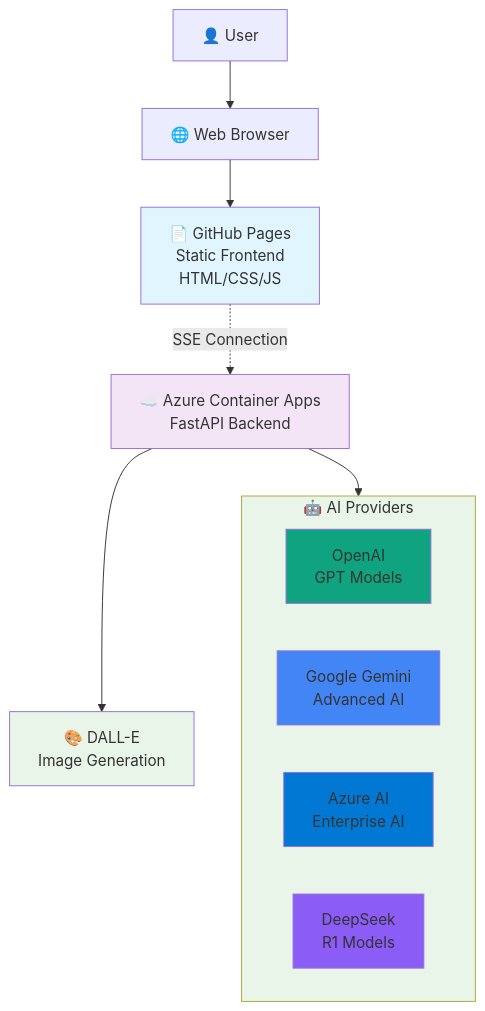
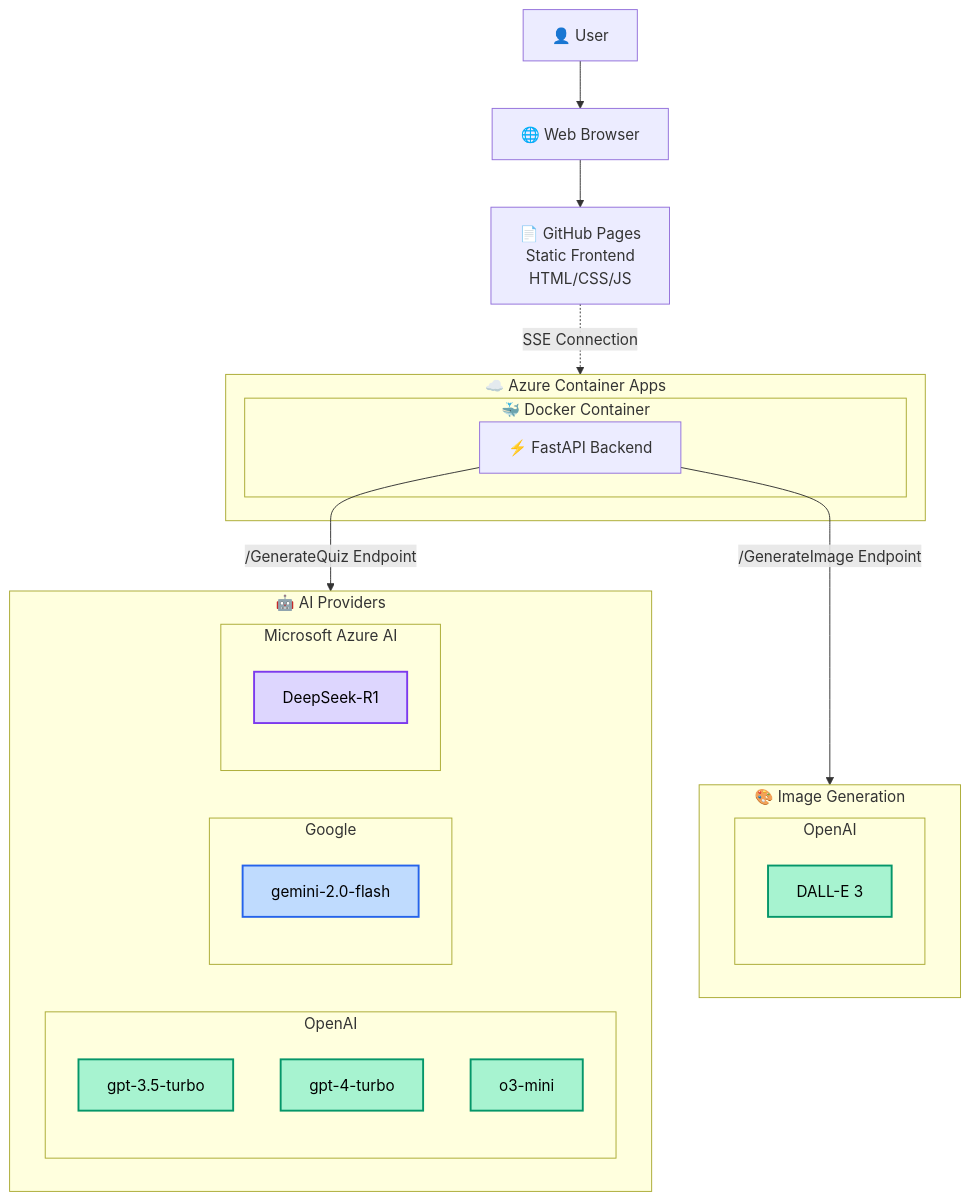
Before and after one commit to DJSaunders1997/GPTeasers: the first of 2 diagrams in README.md, drawn with Mermaid.

Commit message:
tidying up mermaid diagram

````diff
--- a/README.md
+++ b/README.md
@@ -87,47 +87,56 @@
 ```mermaid
 graph TB
     %% User Layer
     User[👤 User]
     Browser[🌐 Web Browser]
 
     %% Frontend Layer
     GHP[📄 GitHub Pages<br/>Static Frontend<br/>HTML/CSS/JS]
 
     %% Backend Layer
-    ACA[☁️ Azure Container Apps<br/>FastAPI Backend]
+    subgraph ACA[☁️ Azure Container Apps]
+        subgraph Docker[🐳 Docker Container]
+            FastAPI[⚡ FastAPI Backend]
+        end
+    end
 
     %% AI Providers
     subgraph AI_Providers[🤖 AI Providers]
-        OpenAI[OpenAI<br/>GPT Models]
-        Gemini[Google Gemini<br/>Advanced AI]
-        AzureAI[Azure AI<br/>Enterprise AI]
-        DeepSeek[DeepSeek<br/>R1 Models]
+        subgraph OpenAI[OpenAI]
+            GPT35[gpt-3.5-turbo]
+            GPT4[gpt-4-turbo]
+            O3[o3-mini]
+        end
+        subgraph Google[Google]
+            Gemini2[gemini-2.0-flash]
+        end
+        subgraph Microsoft[Microsoft Azure AI]
+            DeepSeekR1[DeepSeek-R1]
+        end
     end
 
     %% Image Generation
-    DALLE[🎨 DALL-E<br/>Image Generation]
+    subgraph ImageGen[🎨 Image Generation]
+        subgraph OpenAI_Images[OpenAI]
+            DALLE[DALL-E 3]
+        end
+    end
 
     %% Data Flow
     User --> Browser
     Browser --> GHP
     GHP -.->|SSE Connection| ACA
-    ACA --> AI_Providers
-    ACA --> DALLE
+    FastAPI -->|/GenerateQuiz Endpoint| AI_Providers
+    FastAPI -->|/GenerateImage Endpoint| ImageGen
 
-    %% Styling
-    classDef frontend fill:#e1f5fe
-    classDef backend fill:#f3e5f5
-    classDef ai fill:#e8f5e8
-    classDef openai fill:#10a37f
-    classDef gemini fill:#4285f4
-    classDef azure fill:#0078d4
-    classDef deepseek fill:#8b5cf6
+    %% Styling - Only color AI model sub-boxes
+    classDef openai fill:#a7f3d0,stroke:#059669,stroke-width:2px,color:#000
+    classDef gemini fill:#bfdbfe,stroke:#2563eb,stroke-width:2px,color:#000
+    classDef azure fill:#bfdbfe,stroke:#1d4ed8,stroke-width:2px,color:#000
+    classDef deepseek fill:#ddd6fe,stroke:#7c3aed,stroke-width:2px,color:#000
 
-    class GHP frontend
-    class ACA backend
-    class AI_Providers,DALLE ai
-    class OpenAI openai
-    class Gemini gemini
-    class AzureAI azure
-    class DeepSeek deepseek
+    class GPT35,GPT4,O3 openai
+    class Gemini2 gemini
+    class DeepSeekR1 deepseek
+    class DALLE openai
 ```
````
